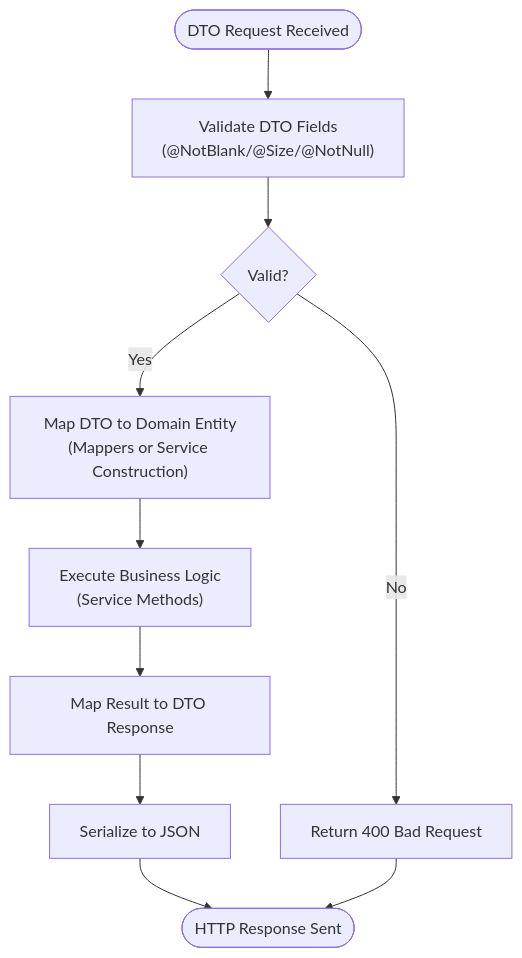
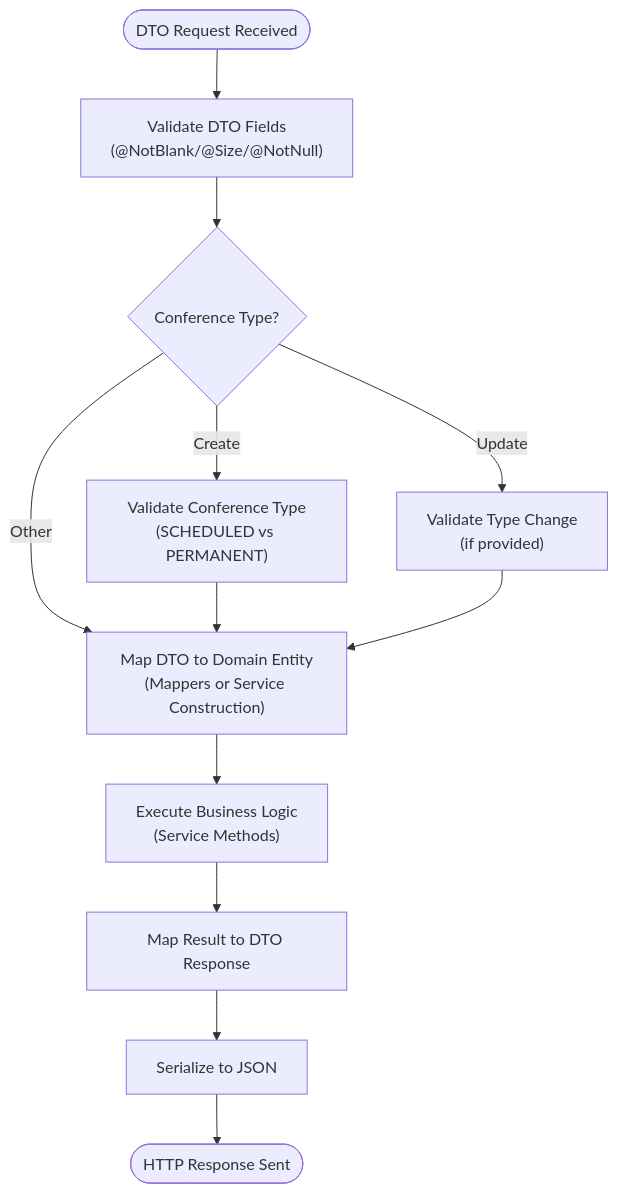
Before and after one commit to Vostrikov2014/vks-qoder: the sixth of 7 diagrams in .qoder/repowiki/en/content/Backend Modules/Application Layer/DTO Patterns and Data Transfer.md, drawn with Mermaid. The commit also changed other lines of this file and 12 other files, not shown here.

````diff
--- a/.qoder/repowiki/en/content/Backend Modules/Application Layer/DTO Patterns and Data Transfer.md
+++ b/.qoder/repowiki/en/content/Backend Modules/Application Layer/DTO Patterns and Data Transfer.md
@@ -324,12 +359,14 @@
 ```mermaid
 flowchart TD
 Start(["DTO Request Received"]) --> Validate["Validate DTO Fields<br/>(@NotBlank/@Size/@NotNull)"]
-Validate --> Valid{"Valid?"}
-Valid --> |No| ErrorResponse["Return 400 Bad Request"]
-Valid --> |Yes| MapToEntity["Map DTO to Domain Entity<br/>(Mappers or Service Construction)"]
+Validate --> TypeCheck{"Conference Type?"}
+TypeCheck --> |Create| ValidateType["Validate Conference Type<br/>(SCHEDULED vs PERMANENT)"]
+TypeCheck --> |Update| ValidateTypeUpdate["Validate Type Change<br/>(if provided)"]
+TypeCheck --> |Other| MapToEntity["Map DTO to Domain Entity<br/>(Mappers or Service Construction)"]
+ValidateType --> MapToEntity
+ValidateTypeUpdate --> MapToEntity
 MapToEntity --> BusinessLogic["Execute Business Logic<br/>(Service Methods)"]
 BusinessLogic --> MapToResponse["Map Result to DTO Response"]
 MapToResponse --> Serialize["Serialize to JSON"]
 Serialize --> End(["HTTP Response Sent"])
-ErrorResponse --> End
 ```
````
